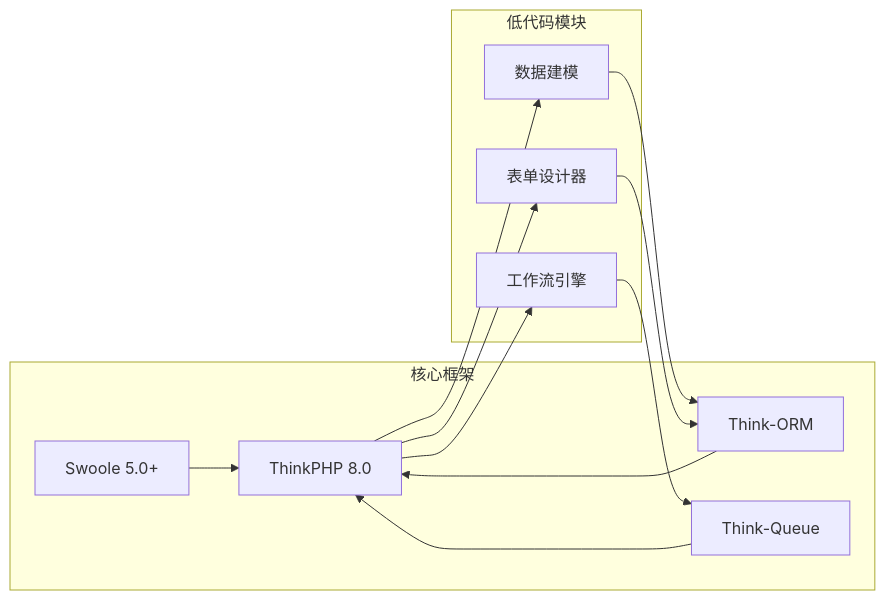
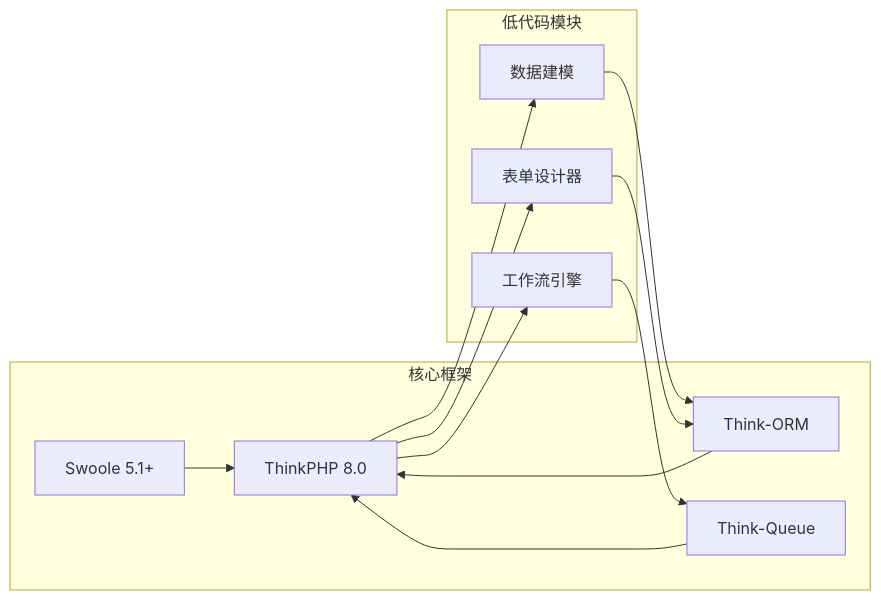
One commit to Bensonlam168/AlkaidSYS-tp changed the second of 2 diagrams in design/00-core-planning/03-PROJECT-DEPENDENCIES.md. Above: the diagram before and after it, drawn with Mermaid. The commit also changed other lines of this file and 48 other files, not shown here.

````diff
--- a/design/00-core-planning/03-PROJECT-DEPENDENCIES.md
+++ b/design/00-core-planning/03-PROJECT-DEPENDENCIES.md
@@ -359,26 +359,26 @@
 ```mermaid
 graph LR
     subgraph "核心框架"
         A[ThinkPHP 8.0]
-        B[Swoole 5.0+]
+        B[Swoole 5.1+]
         C[Think-ORM]
         D[Think-Queue]
     end
 
     subgraph "低代码模块"
         E[数据建模]
         F[表单设计器]
         G[工作流引擎]
     end
 
     A --> E
     A --> F
     A --> G
     B --> A
     C --> A
     D --> A
 
     E --> C
     F --> C
     G --> D
 ```
````
